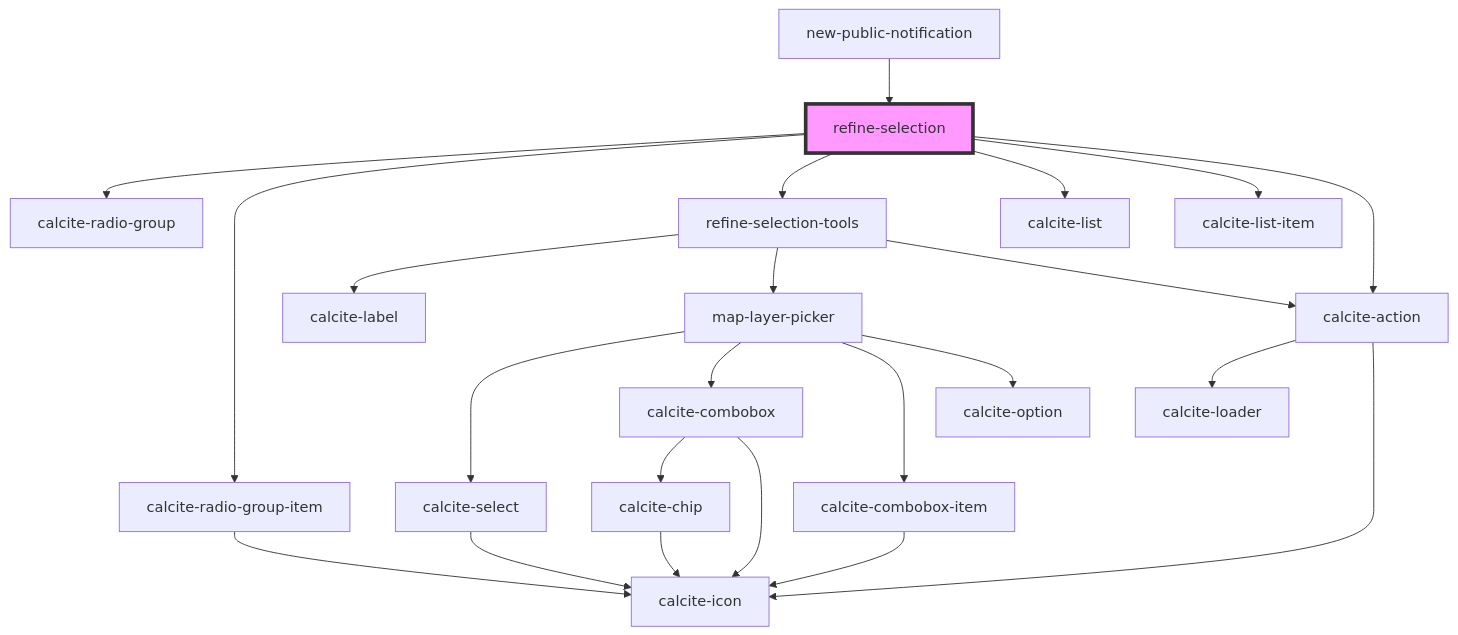
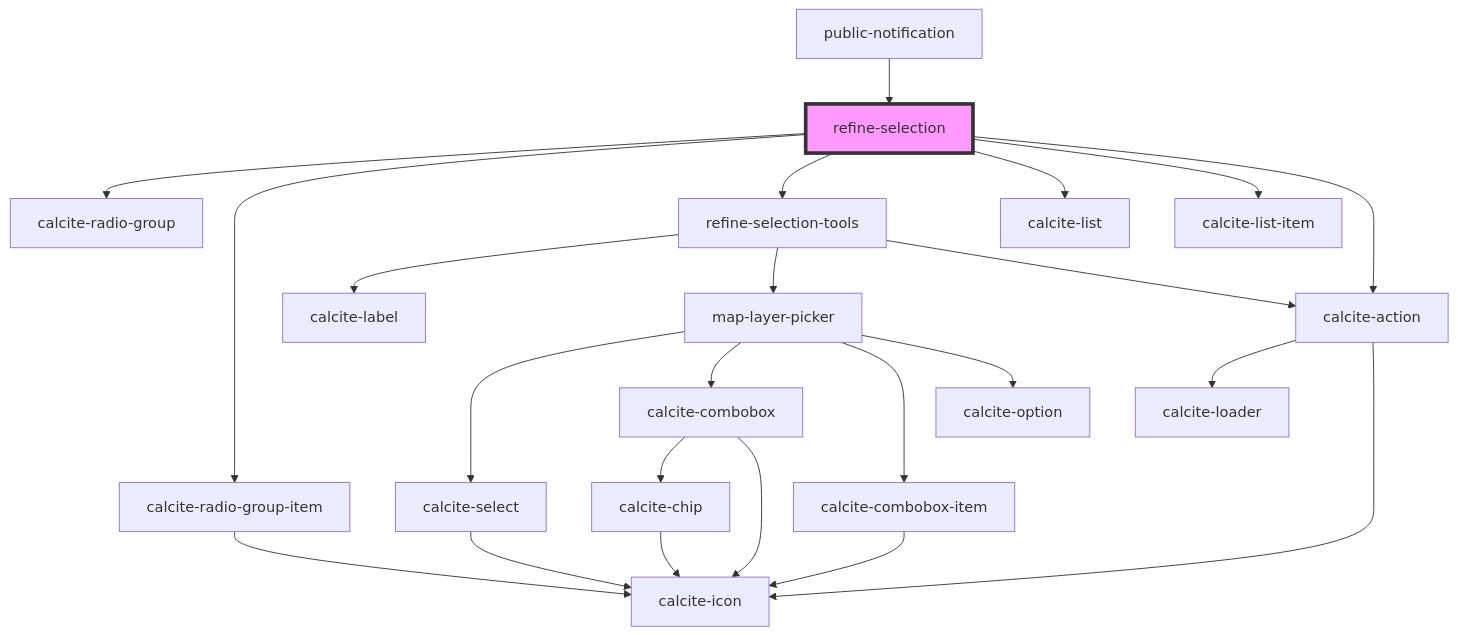
Before and after one commit to Esri/solutions-components: the diagram in src/components/refine-selection/readme.md, drawn with Mermaid. The commit also changed other lines of this file and 21 other files, not shown here.

Commit message:
move new-public-notification to public-notification

````diff
--- a/src/components/refine-selection/readme.md
+++ b/src/components/refine-selection/readme.md
@@ -40,26 +40,26 @@
 ```mermaid
 graph TD;
   refine-selection --> calcite-radio-group
   refine-selection --> calcite-radio-group-item
   refine-selection --> refine-selection-tools
   refine-selection --> calcite-list
   refine-selection --> calcite-list-item
   refine-selection --> calcite-action
   calcite-radio-group-item --> calcite-icon
   refine-selection-tools --> calcite-label
   refine-selection-tools --> map-layer-picker
   refine-selection-tools --> calcite-action
   map-layer-picker --> calcite-select
   map-layer-picker --> calcite-combobox
   map-layer-picker --> calcite-combobox-item
   map-layer-picker --> calcite-option
   calcite-select --> calcite-icon
   calcite-combobox --> calcite-chip
   calcite-combobox --> calcite-icon
   calcite-chip --> calcite-icon
   calcite-combobox-item --> calcite-icon
   calcite-action --> calcite-loader
   calcite-action --> calcite-icon
-  new-public-notification --> refine-selection
+  public-notification --> refine-selection
   style refine-selection fill:#f9f,stroke:#333,stroke-width:4px
 ```
````
